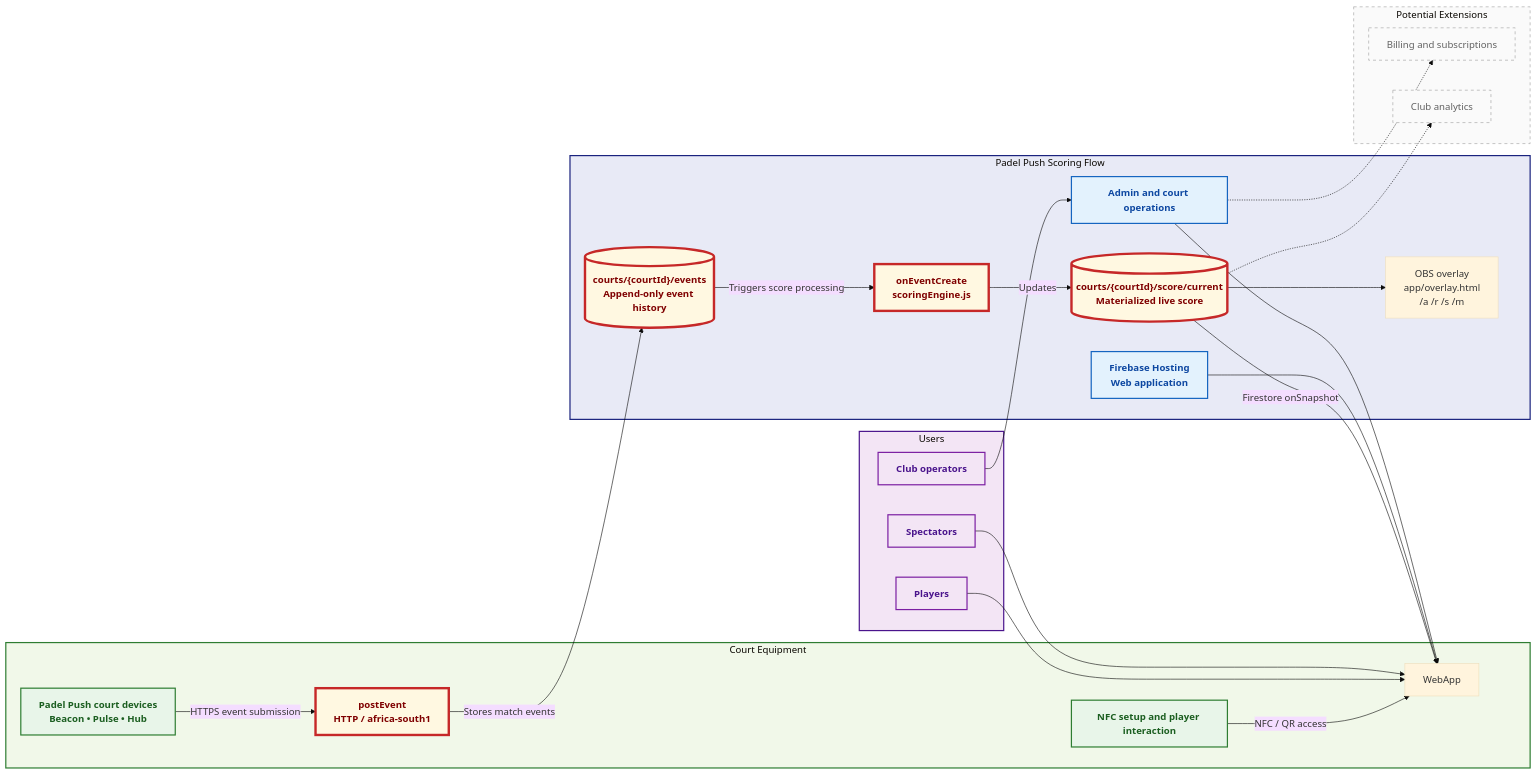
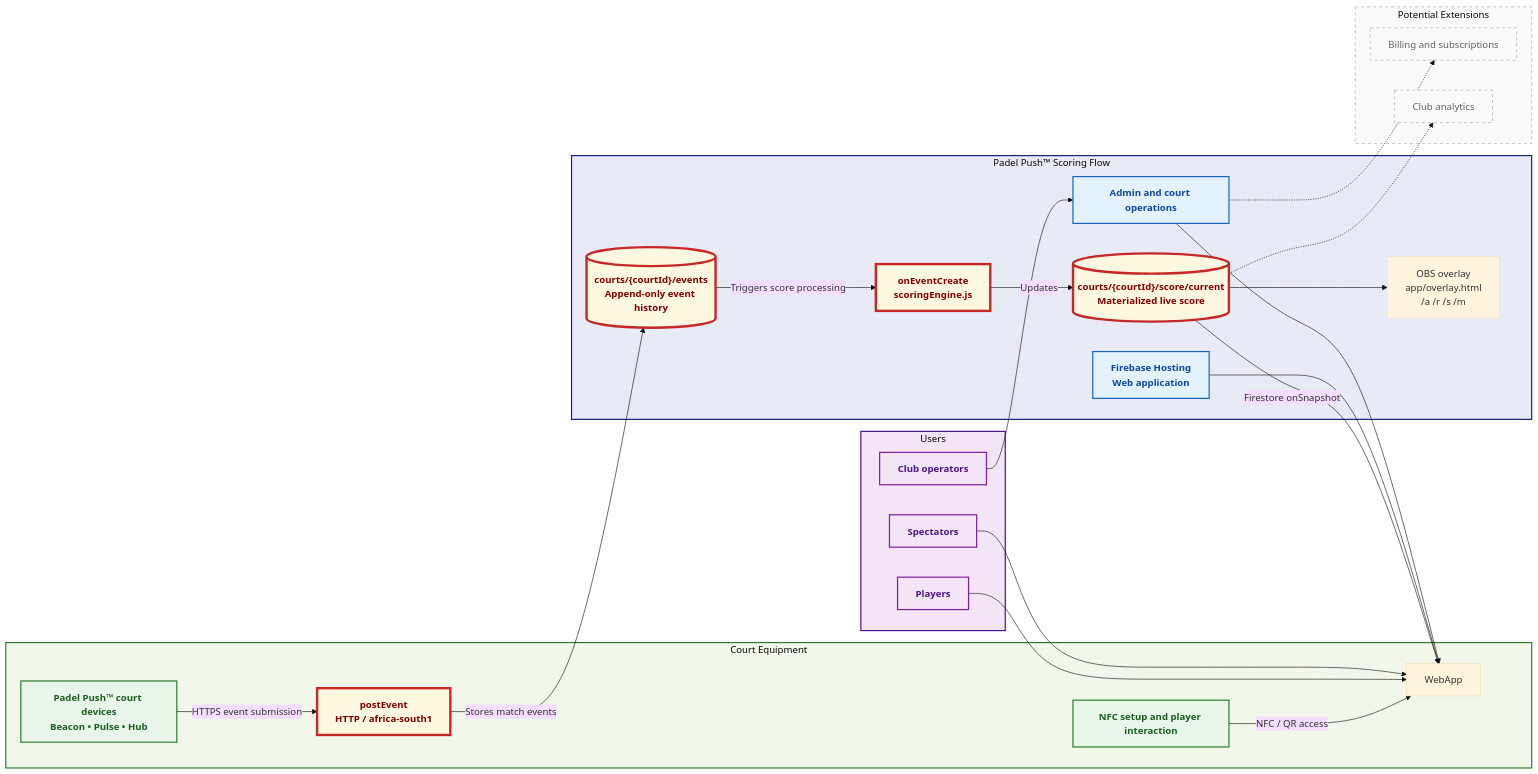
Before and after one commit to creepyLANguy/PuntoPrototype: the diagram in docs/PP_Basic_Flow.mmd, drawn with Mermaid.

Commit message:
Update remaining Padel Push™ branded surfaces

```diff
--- a/docs/PP_Basic_Flow.mmd
+++ b/docs/PP_Basic_Flow.mmd
@@ -1,65 +1,65 @@
 ---
 config:
     theme: base
 ---
 
 flowchart LR
 
         classDef court fill:#E8F5E9,stroke:#2E7D32,stroke-width:2px,color:#1B5E20,font-weight:bold;
         classDef platform fill:#E3F2FD,stroke:#1565C0,stroke-width:2px,color:#0D47A1,font-weight:bold;
         classDef primary fill:#FFF8E1,stroke:#C62828,stroke-width:4px,color:#7F0000,font-weight:bold;
         classDef user fill:#F3E5F5,stroke:#7B1FA2,stroke-width:2px,color:#4A148C,font-weight:bold;
         classDef future fill:#FAFAFA,stroke:#9E9E9E,stroke-width:1px,stroke-dasharray:5 5,color:#616161;
     subgraph COURT["Court Equipment"]
-        Devices["Padel Push court devices<br/>Beacon • Pulse • Hub"]
+        Devices["Padel Push™ court devices<br/>Beacon • Pulse • Hub"]
         NFC["NFC setup and player interaction"]
         Devices -->|"HTTPS event submission"| Ingestion
         NFC -->|"NFC / QR access"| WebApp
     end
 
-    subgraph PLATFORM["Padel Push Scoring Flow"]
+    subgraph PLATFORM["Padel Push™ Scoring Flow"]
         Hosting["Firebase Hosting<br/>Web application"]
         Ingestion["postEvent<br/>HTTP / africa-south1"]
         Events[("courts/{courtId}/events<br/>Append-only event history")]
         Scoring["onEventCreate<br/>scoringEngine.js"]
         LiveState[("courts/{courtId}/score/current<br/>Materialized live score")]
         Operations["Admin and court operations"]
         Overlay["OBS overlay<br/>app/overlay.html<br/>/a /r /s /m"]
     end
 
     subgraph USERS["Users"]
         Player["Players"]
         Club["Club operators"]
         Spectator["Spectators"]
     end
 
     Ingestion -->|"Stores match events"| Events
     Events -->|"Triggers score processing"| Scoring
     Scoring -->|"Updates"| LiveState
     LiveState -->|"Firestore onSnapshot"| WebApp
     Hosting --> WebApp
 
     Player --> WebApp
     Club --> Operations
     Operations --> WebApp
     Spectator --> WebApp
 
     subgraph FUTURE["Potential Extensions"]
         Billing["Billing and subscriptions"]
         Analytics["Club analytics"]
     end
 
     LiveState --> Overlay
     Operations -.-> Billing
     LiveState -.-> Analytics
 
     class Devices,NFC court
     class Hosting,Ingestion,Events,Scoring,LiveState,Operations platform
     class Player,Club,Spectator user
     class Billing,Analytics future
     class Ingestion,Events,Scoring,LiveState primary
 
     style COURT fill:#F1F8E9,stroke:#2E7D32,stroke-width:2px;
     style PLATFORM fill:#E8EAF6,stroke:#1A237E,stroke-width:2px;
     style USERS fill:#F3E5F5,stroke:#4A148C,stroke-width:2px;
     style FUTURE fill:#FAFAFA,stroke:#9E9E9E,stroke-dasharray:5 5;
```
